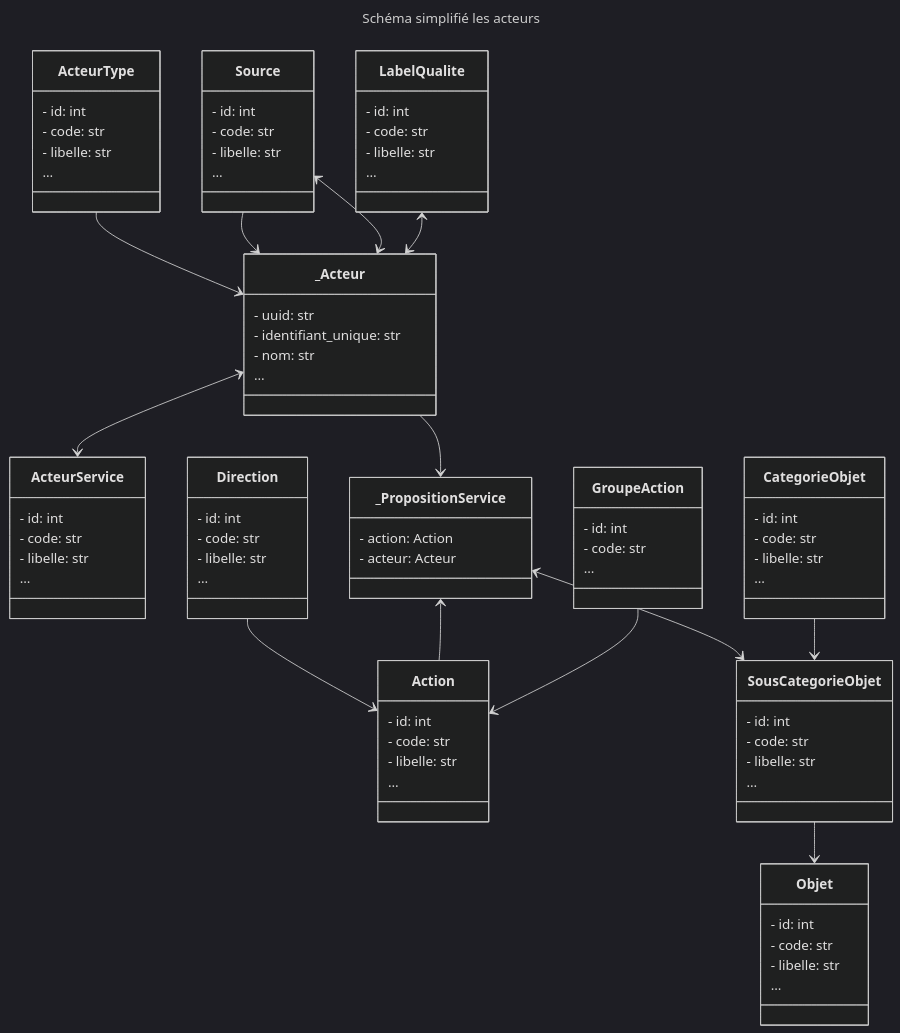
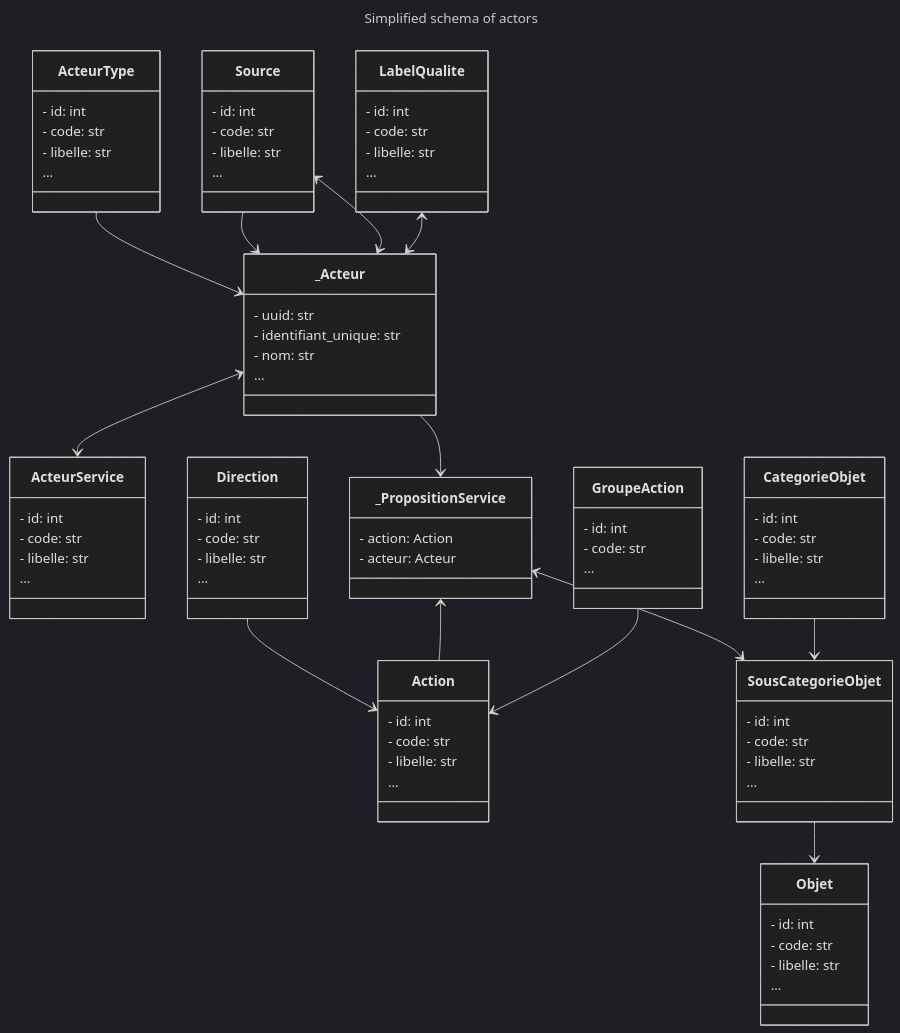
The first of 2 diagrams in docs/reference/db/architecture.md (incubateur-ademe/quefairedemesobjets), drawn with Mermaid (dark theme) before and after one commit. The commit also changed other lines of this file and 1393 other files, not shown here.

````diff
--- a/docs/reference/db/architecture.md
+++ b/docs/reference/db/architecture.md
@@ -41,6 +41,6 @@
 ```mermaid
 ---
-title: Schéma simplifié les acteurs
+title: Simplified schema of actors
 ---
 
 classDiagram
````
